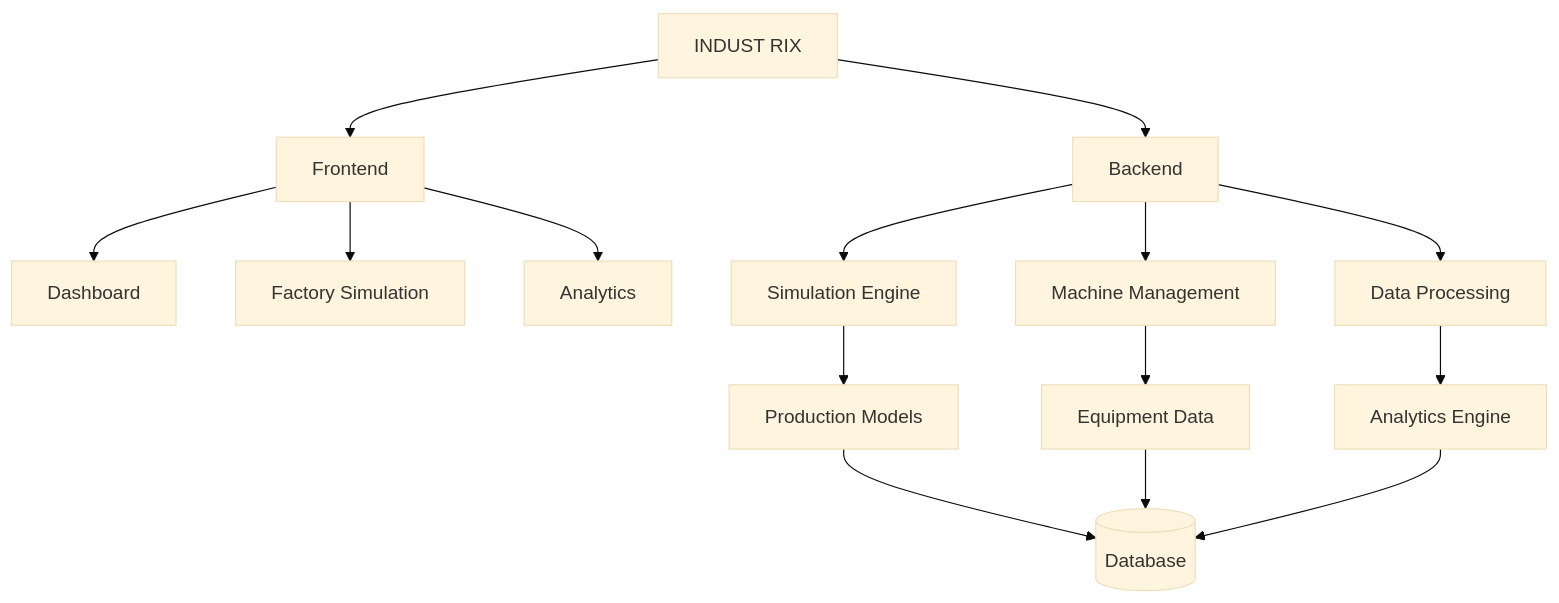
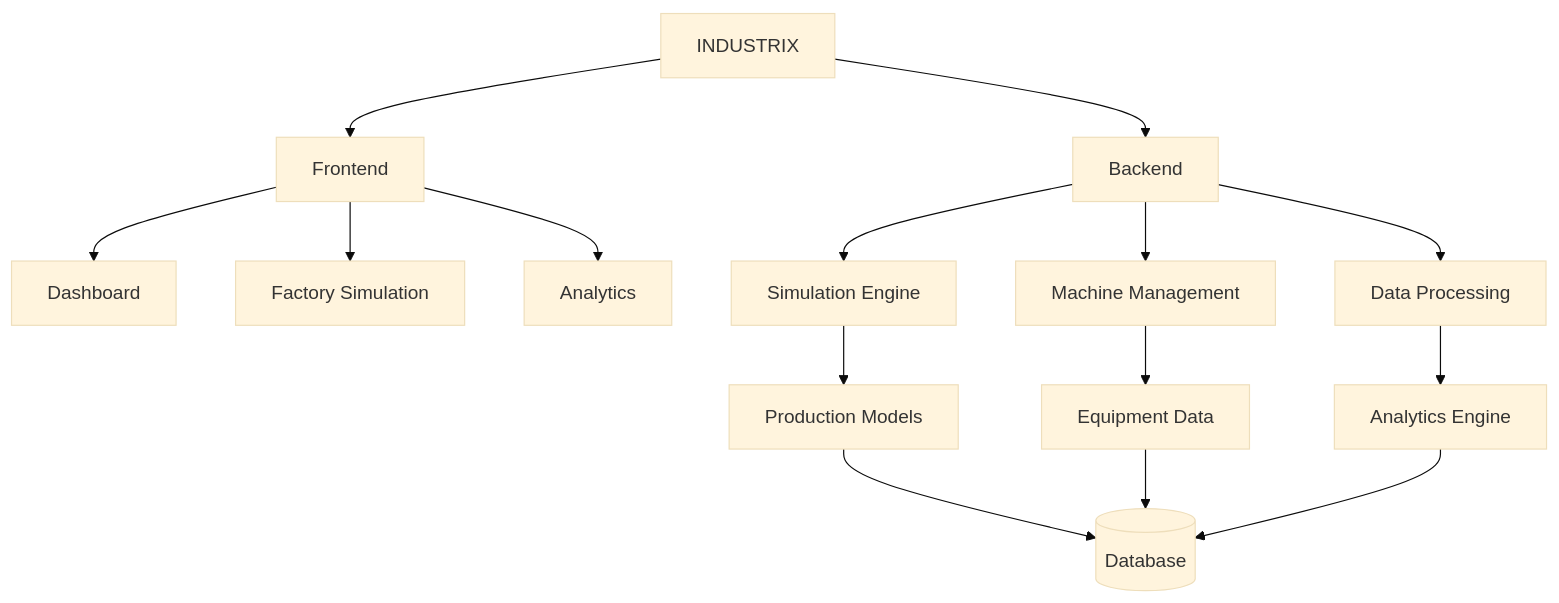
One commit to git-rarely/Industrix changed the diagram in README.md. Above: the diagram before and after it, drawn with Mermaid (base theme). The commit also changed other lines of this file and 9 other files, not shown here.

````diff
--- a/README.md
+++ b/README.md
@@ -110,21 +27,17 @@
 ```mermaid
 flowchart TD
-    A["INDUST RIX"] --> B["Frontend"]
+    A["INDUSTRIX"] --> B["Frontend"]
     A --> C["Backend"]
-
     B --> D["Dashboard"]
     B --> E["Factory Simulation"]
     B --> F["Analytics"]
-
     C --> G["Simulation Engine"]
     C --> H["Machine Management"]
     C --> I["Data Processing"]
-
     G --> J["Production Models"]
     H --> K["Equipment Data"]
     I --> L["Analytics Engine"]
-
     J --> M[("Database")]
     K --> M
     L --> M
 ```
````
